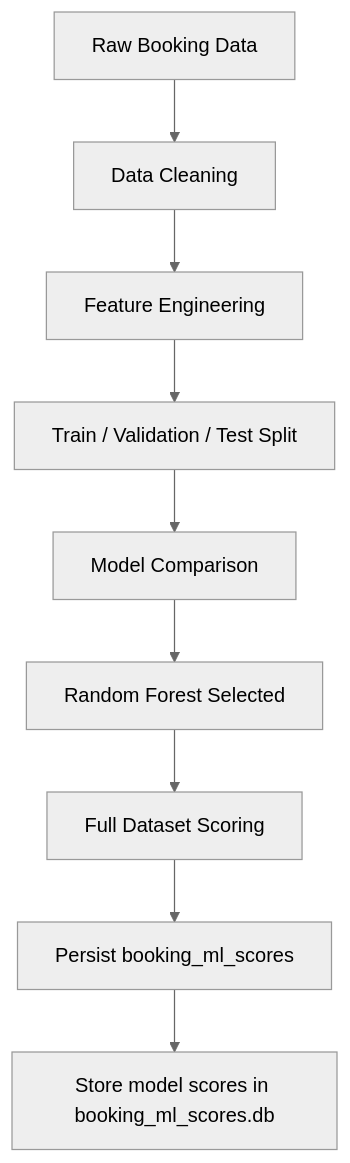
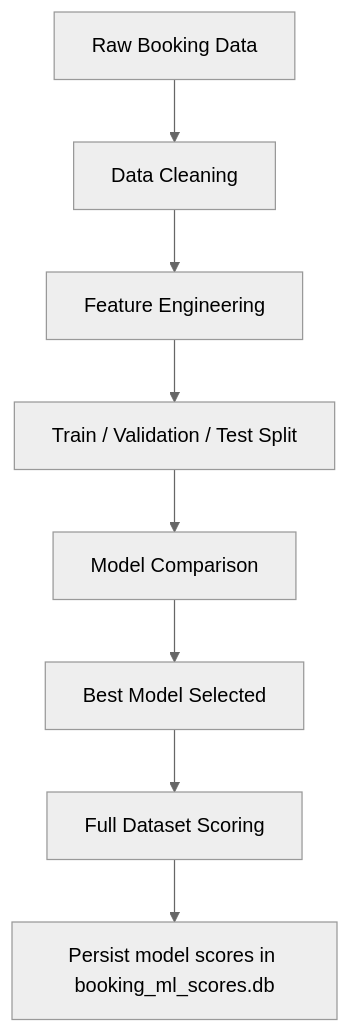
The second of 3 diagrams in ARCHITECTURE.md (baqspaces/hotel-noshow-prediction-llm-agent), drawn with Mermaid (neutral theme) before and after one commit.

````diff
--- a/ARCHITECTURE.md
+++ b/ARCHITECTURE.md
@@ -29,11 +29,10 @@
 ```mermaid
 flowchart TD
     A[Raw Booking Data] --> B[Data Cleaning]
     B --> C[Feature Engineering]
     C --> D[Train / Validation / Test Split]
     D --> E[Model Comparison]
-    E --> F[Random Forest Selected]
+    E --> F[Best Model Selected]
     F --> G[Full Dataset Scoring]
-    G --> H[Persist booking_ml_scores]
-    H --> I[Store model scores in booking_ml_scores.db]
+    G --> H[Persist model scores in booking_ml_scores.db]
 ```
````
